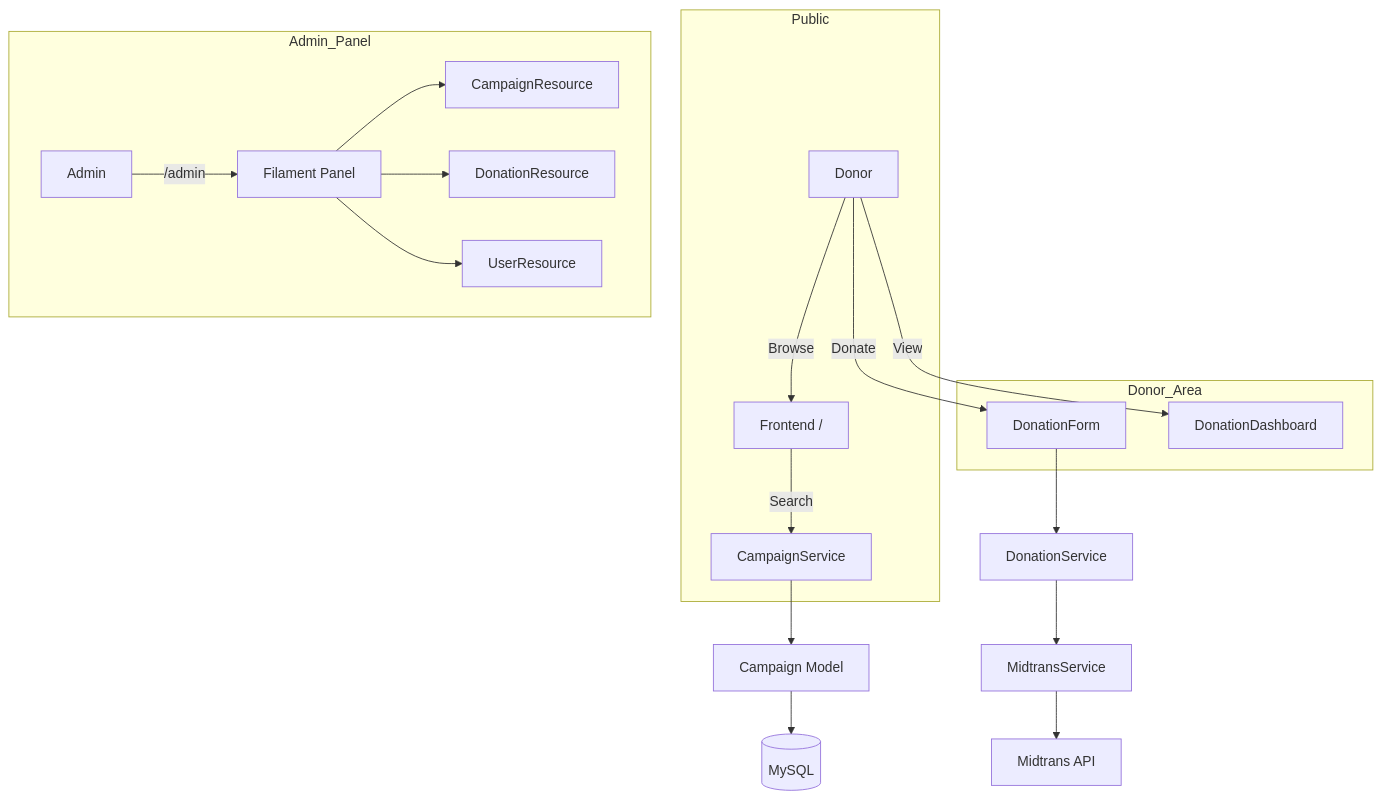
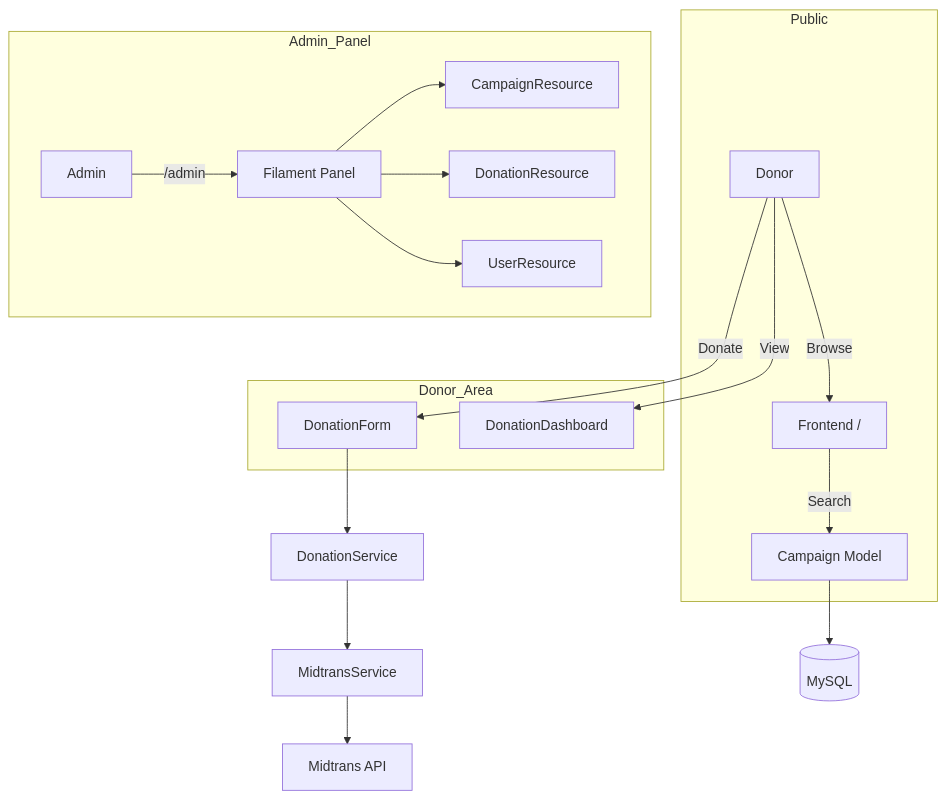
The first of 2 diagrams in README.md (aldoignatachandra/Laravel-Fullstack-Donation-System-Experimental), drawn with Mermaid before and after one commit. The commit also changed other lines of this file and 7 other files, not shown here.

````diff
--- a/README.md
+++ b/README.md
@@ -88,26 +87,25 @@
 ```mermaid
 graph TD
     subgraph Public
         D[Donor] -->|Browse| F[Frontend /]
-        F -->|Search| CS[CampaignService]
+        F -->|Search| CM[Campaign Model]
     end
 
     subgraph Donor_Area
         D -->|Donate| DF[DonationForm]
         D -->|View| DD[DonationDashboard]
     end
 
     subgraph Admin_Panel
         A[Admin] -->|/admin| FP[Filament Panel]
         FP --> CR[CampaignResource]
         FP --> DR[DonationResource]
         FP --> UR[UserResource]
     end
 
-    CS --> CM[Campaign Model]
     DF --> DS[DonationService]
     DS --> MS[MidtransService]
 
     CM --> DB[(MySQL)]
     MS --> MID[Midtrans API]
 ```
````
